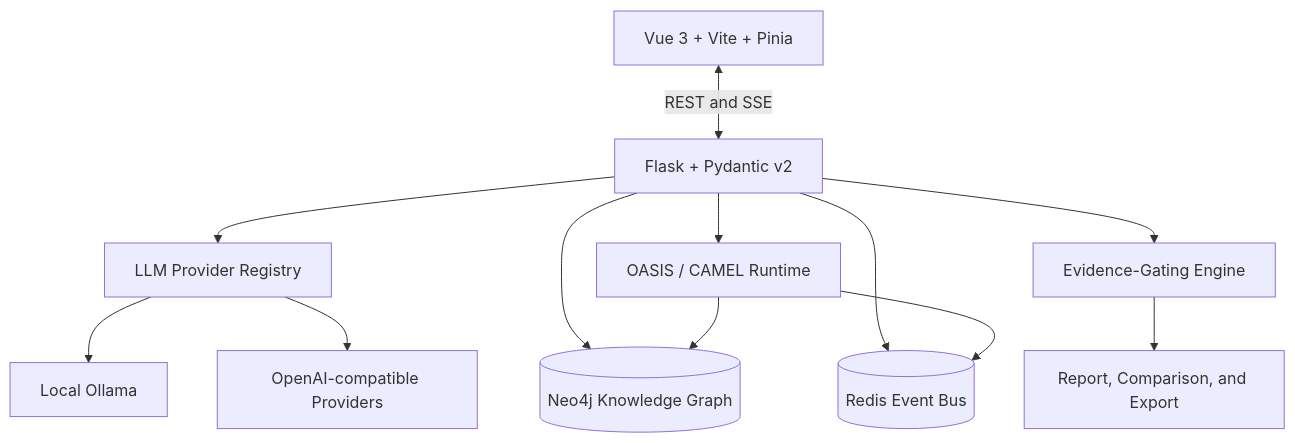
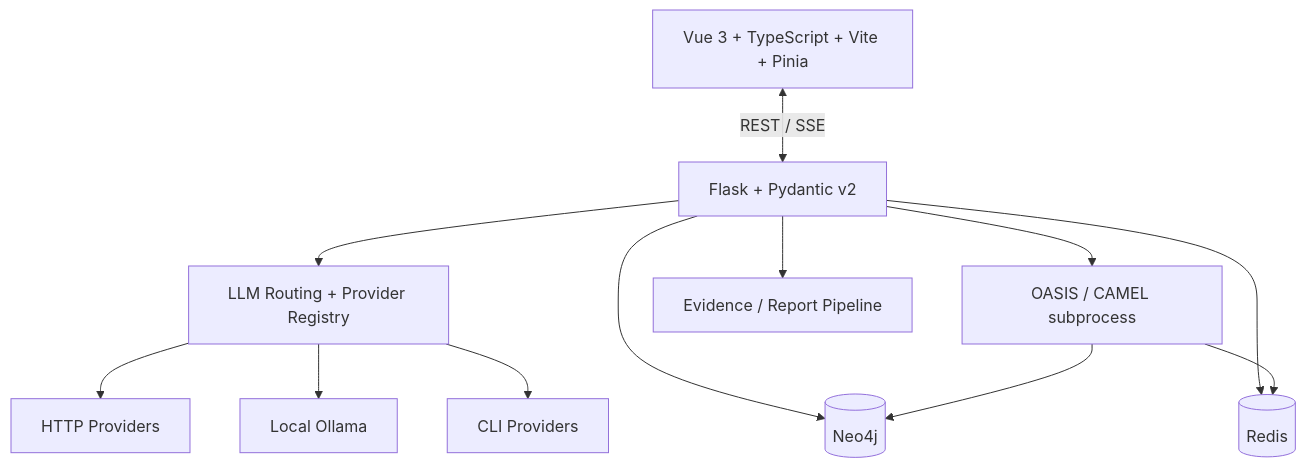
The second of 2 diagrams in README.md (arn0ld87/agora), drawn with Mermaid before and after one commit. The commit also changed other lines of this file and 29 other files, not shown here.

````diff
--- a/README.md
+++ b/README.md
@@ -200,17 +108,14 @@
 ```mermaid
 graph TD
-    UI[Vue 3 + Vite + Pinia] <-->|REST and SSE| API[Flask + Pydantic v2]
-
-    API --> REG[LLM Provider Registry]
-    REG --> LOCAL[Local Ollama]
-    REG --> CLOUD[OpenAI-compatible Providers]
-
-    API --> NEO[(Neo4j Knowledge Graph)]
-    API --> REDIS[(Redis Event Bus)]
-    API --> OASIS[OASIS / CAMEL Runtime]
-
+    UI[Vue 3 + TypeScript + Vite + Pinia] <-->|REST / SSE| API[Flask + Pydantic v2]
+    API --> ROUTE[LLM Routing + Provider Registry]
+    ROUTE --> HTTP[HTTP Providers]
+    ROUTE --> LOCAL[Local Ollama]
+    ROUTE --> CLI[CLI Providers]
+    API --> NEO[(Neo4j)]
+    API --> REDIS[(Redis)]
+    API --> OASIS[OASIS / CAMEL subprocess]
     OASIS --> REDIS
     OASIS --> NEO
-    API --> EVIDENCE[Evidence-Gating Engine]
-    EVIDENCE --> REPORT[Report, Comparison, and Export]
+    API --> REPORT[Evidence / Report Pipeline]
 ```
````
